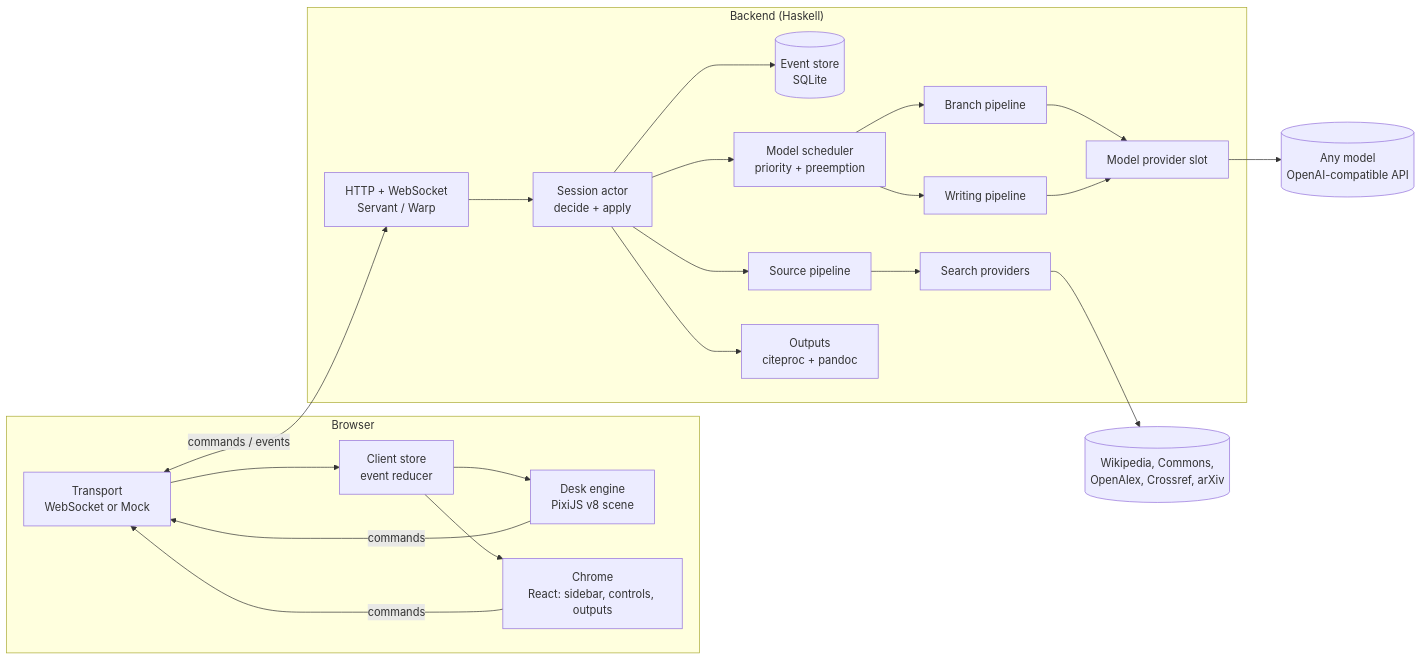
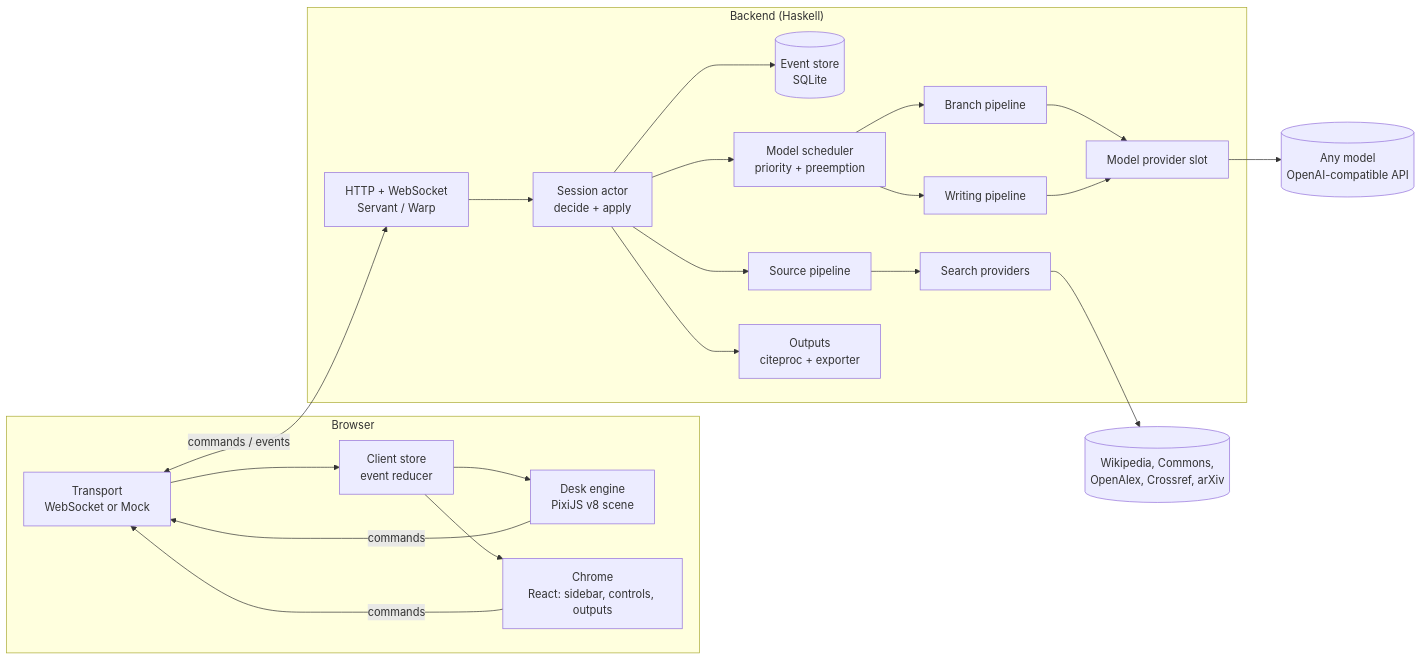
The first of 2 diagrams in TECH_ROADMAP.md (Bill092738/Drift_words), drawn with Mermaid before and after one commit. The commit also changed other lines of this file and 3 other files, not shown here.

````diff
--- a/TECH_ROADMAP.md
+++ b/TECH_ROADMAP.md
@@ -21,26 +21,26 @@
 ```mermaid
 flowchart LR
     subgraph Browser
         T[Transport<br/>WebSocket or Mock] --> S[Client store<br/>event reducer]
         S --> E[Desk engine<br/>PixiJS v8 scene]
         S --> C[Chrome<br/>React: sidebar, controls, outputs]
         E -- commands --> T
         C -- commands --> T
     end
 
     subgraph Backend ["Backend (Haskell)"]
         WS[HTTP + WebSocket<br/>Servant / Warp] --> SA[Session actor<br/>decide + apply]
         SA --> LOG[(Event store<br/>SQLite)]
         SA --> SCH[Model scheduler<br/>priority + preemption]
         SCH --> BR[Branch pipeline]
         SCH --> WR[Writing pipeline]
         SA --> SRC[Source pipeline]
         BR & WR --> MP[Model provider slot]
         SRC --> SP[Search providers]
-        SA --> OUT[Outputs<br/>citeproc + pandoc]
+        SA --> OUT[Outputs<br/>citeproc + exporter]
     end
 
     T <-- commands / events --> WS
     MP --> M[(Any model<br/>OpenAI-compatible API)]
     SP --> W[(Wikipedia, Commons,<br/>OpenAlex, Crossref, arXiv)]
 ```
````
